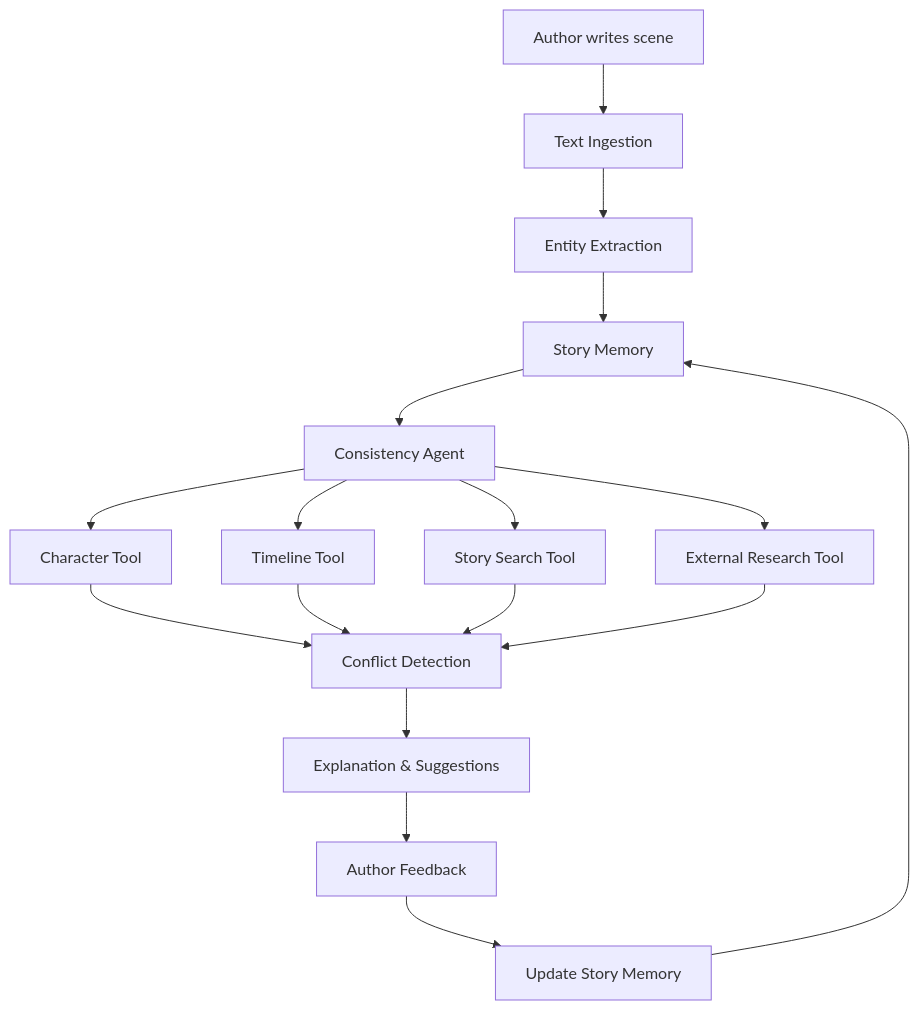
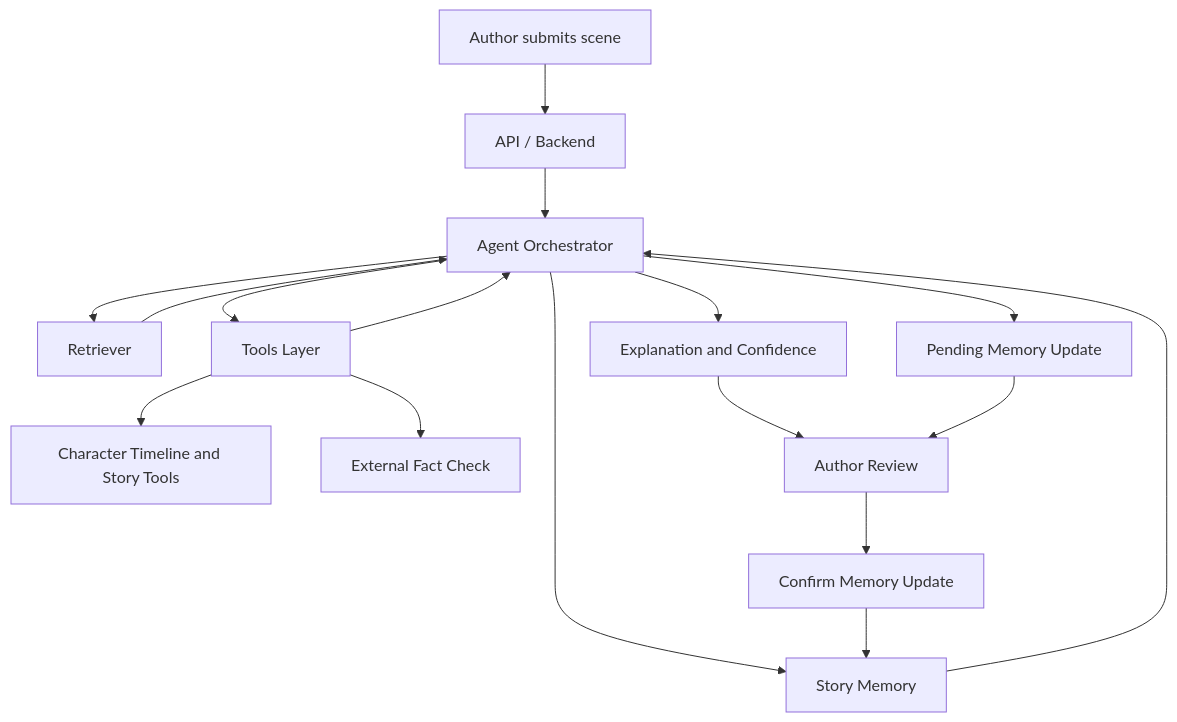
The diagram in README.md (jenova13q/agentic_track), drawn with Mermaid before and after one commit.

Commit message:
Update README architecture diagram

````diff
--- a/README.md
+++ b/README.md
@@ -52,23 +52,24 @@
 ```mermaid
 flowchart TD
-    A[Author writes scene] --> B[Text Ingestion]
-    B --> C[Entity Extraction]
-    C --> D[Story Memory]
+    A[Author submits scene] --> B[API / Backend]
+    B --> C[Agent Orchestrator]
 
-    D --> E[Consistency Agent]
+    C --> D[Retriever]
+    C --> E[Story Memory]
+    C --> F[Tools Layer]
 
-    E --> F1[Character Tool]
-    E --> F2[Timeline Tool]
-    E --> F3[Story Search Tool]
-    E --> F4[External Research Tool]
+    D --> C
+    E --> C
+    F --> C
 
-    F1 --> G[Conflict Detection]
-    F2 --> G
-    F3 --> G
-    F4 --> G
+    F --> F1[Character Timeline and Story Tools]
+    F --> F2[External Fact Check]
 
-    G --> H[Explanation & Suggestions]
-    H --> I[Author Feedback]
-    I --> J[Update Story Memory]
-    J --> D
+    C --> G[Explanation and Confidence]
+    C --> H[Pending Memory Update]
+
+    G --> I[Author Review]
+    H --> I
+    I --> J[Confirm Memory Update]
+    J --> E
 ```
````
